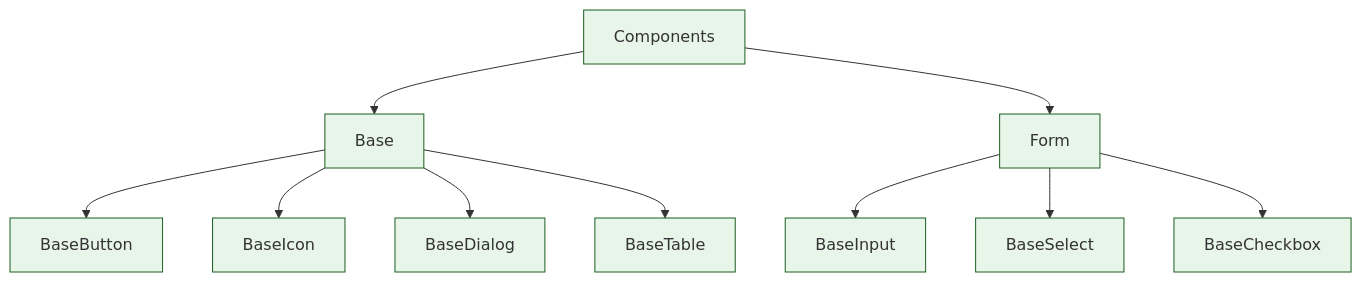
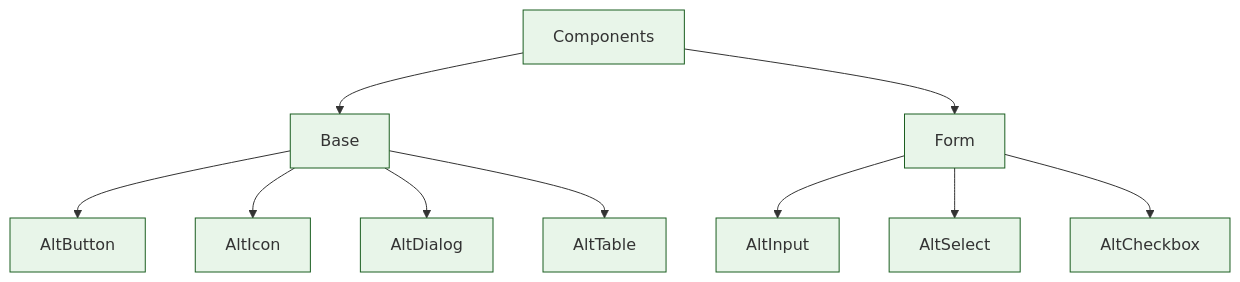
One commit to vuesence/alt-ui changed the third of 4 diagrams in docs/overview.md. Above: the diagram before and after it, drawn with Mermaid. The commit also changed 53 other files, not shown here.

Commit message:
Refactor components in Alt-UI library to replace 'Base' prefix with 'Alt' for consistency. Update documentation and examples accordingly, including changes to button, input, dialog, and form components. Enhance overall clarity and usability of the library.

````diff
--- a/docs/overview.md
+++ b/docs/overview.md
@@ -57,29 +57,29 @@
 ```mermaid
 graph TD
     Components[Components]
     Base[Base]
     Form[Form]
     
     Components --> Base
     Components --> Form
     
-    Base --> Button[BaseButton]
-    Base --> Icon[BaseIcon]
-    Base --> Dialog[BaseDialog]
-    Base --> Table[BaseTable]
+    Base --> Button[AltButton]
+    Base --> Icon[AltIcon]
+    Base --> Dialog[AltDialog]
+    Base --> Table[AltTable]
     
-    Form --> Input[BaseInput]
-    Form --> Select[BaseSelect]
-    Form --> Checkbox[BaseCheckbox]
+    Form --> Input[AltInput]
+    Form --> Select[AltSelect]
+    Form --> Checkbox[AltCheckbox]
 
     style Components fill:#e8f5e9,stroke:#1b5e20
     style Base fill:#e8f5e9,stroke:#1b5e20
     style Form fill:#e8f5e9,stroke:#1b5e20
     style Button fill:#e8f5e9,stroke:#1b5e20
     style Icon fill:#e8f5e9,stroke:#1b5e20
     style Dialog fill:#e8f5e9,stroke:#1b5e20
     style Table fill:#e8f5e9,stroke:#1b5e20
     style Input fill:#e8f5e9,stroke:#1b5e20
     style Select fill:#e8f5e9,stroke:#1b5e20
     style Checkbox fill:#e8f5e9,stroke:#1b5e20
 ```
````
